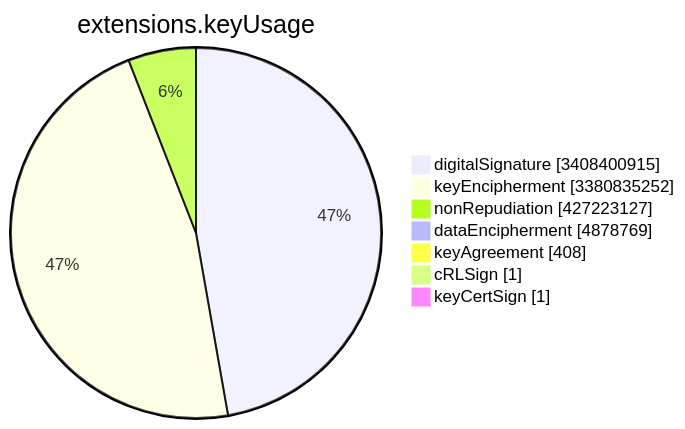
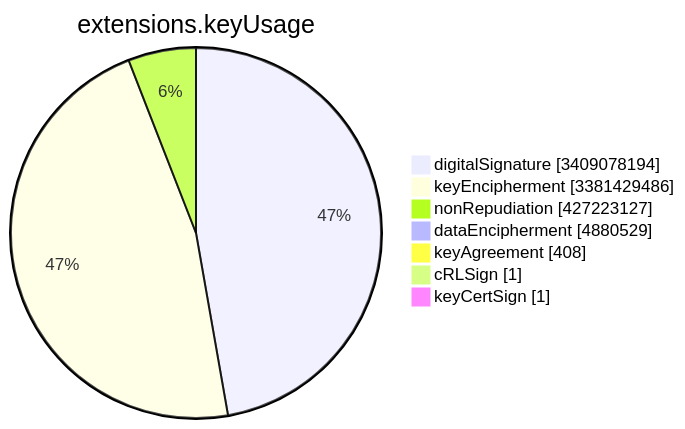
One commit to christiankrug/ctmonitor_visualization changed the sixth of 15 diagrams in TOTAL/README.md. Above: the diagram before and after it, drawn with Mermaid. The commit also changed other lines of this file, not shown here.

````diff
--- a/TOTAL/README.md
+++ b/TOTAL/README.md
@@ -3081,11 +3081,11 @@
 ```mermaid
 pie showData
 title extensions.keyUsage
-"digitalSignature" :3408400915
-"keyEncipherment" :3380835252
+"digitalSignature" :3409078194
+"keyEncipherment" :3381429486
 "nonRepudiation" :427223127
-"dataEncipherment" :4878769
+"dataEncipherment" :4880529
 "keyAgreement" :408
 "cRLSign" :1
 "keyCertSign" :1
 ```
````
